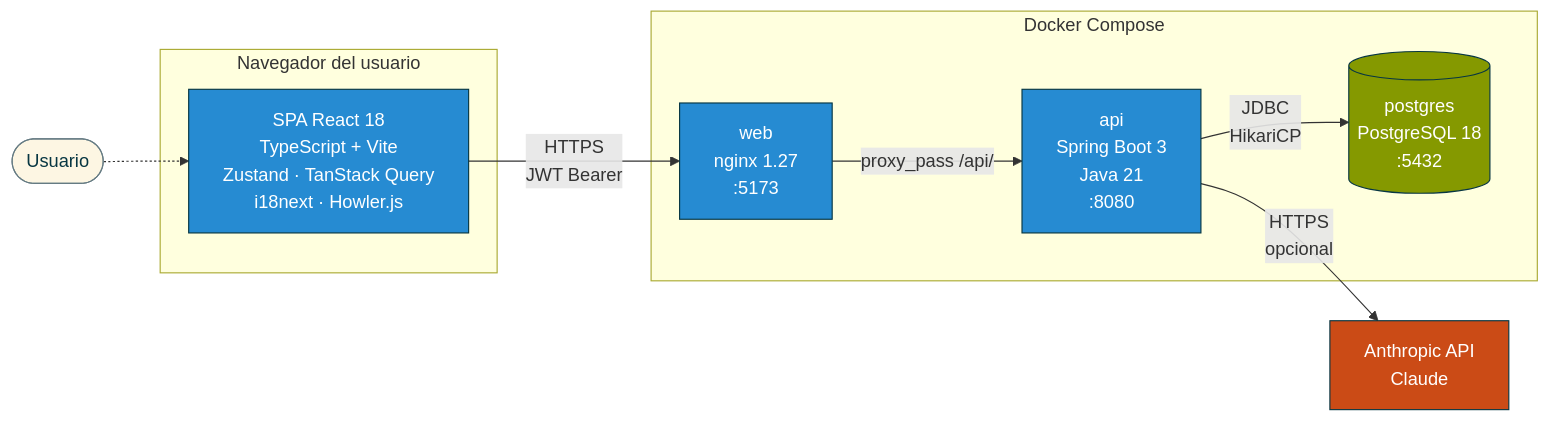
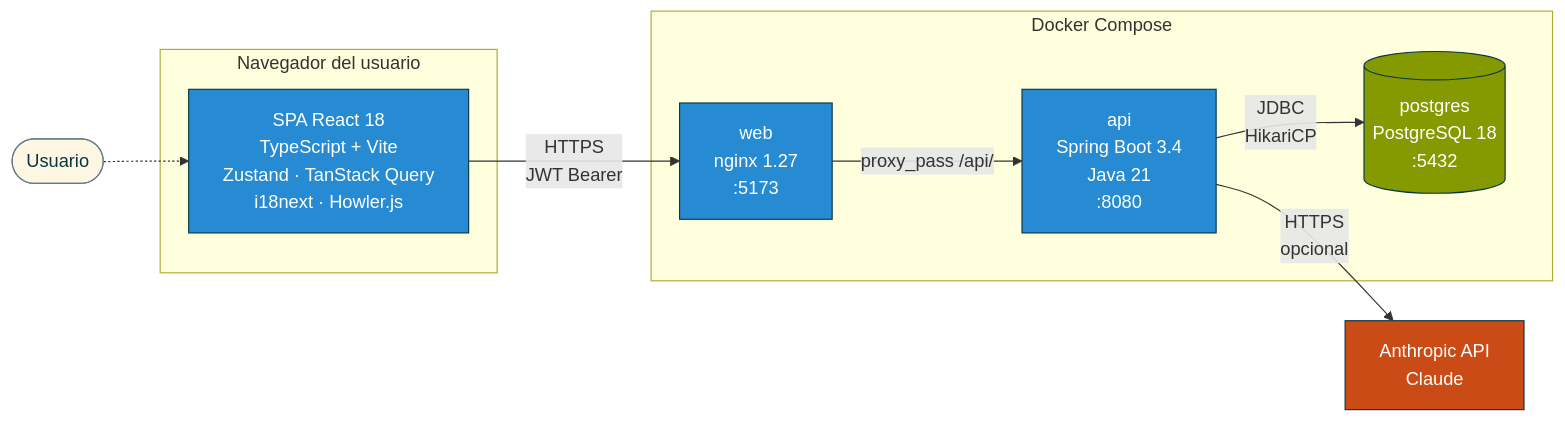
One commit to jordipochvall/AI4Devs-finalproject changed the second of 11 diagrams in readme.md. Above: the diagram before and after it, drawn with Mermaid. The commit also changed other lines of this file and 1 other file, not shown here.

````diff
--- a/readme.md
+++ b/readme.md
@@ -350,31 +412,31 @@
 ```mermaid
 flowchart LR
     User([Usuario])
 
     subgraph Browser["Navegador del usuario"]
         SPA["SPA React 18<br/>TypeScript + Vite<br/>Zustand · TanStack Query<br/>i18next · Howler.js"]
     end
 
     subgraph Compose["Docker Compose"]
         WEB["web<br/>nginx 1.27<br/>:5173"]
-        API["api<br/>Spring Boot 3<br/>Java 21<br/>:8080"]
+        API["api<br/>Spring Boot 3.4<br/>Java 21<br/>:8080"]
         DB[("postgres<br/>PostgreSQL 18<br/>:5432")]
     end
 
     Anthropic["Anthropic API<br/>Claude"]
 
     User -.-> SPA
     SPA -- "HTTPS<br/>JWT Bearer" --> WEB
     WEB -- "proxy_pass /api/" --> API
     API -- "JDBC<br/>HikariCP" --> DB
     API -- "HTTPS<br/>opcional" --> Anthropic
 
     classDef cont fill:#268bd2,stroke:#073642,color:#fff
     classDef db fill:#859900,stroke:#073642,color:#fff
     classDef ext fill:#cb4b16,stroke:#073642,color:#fff
     classDef actor fill:#fdf6e3,stroke:#657b83,color:#073642
     class SPA,WEB,API cont
     class DB db
     class Anthropic ext
     class User actor
 ```
````
